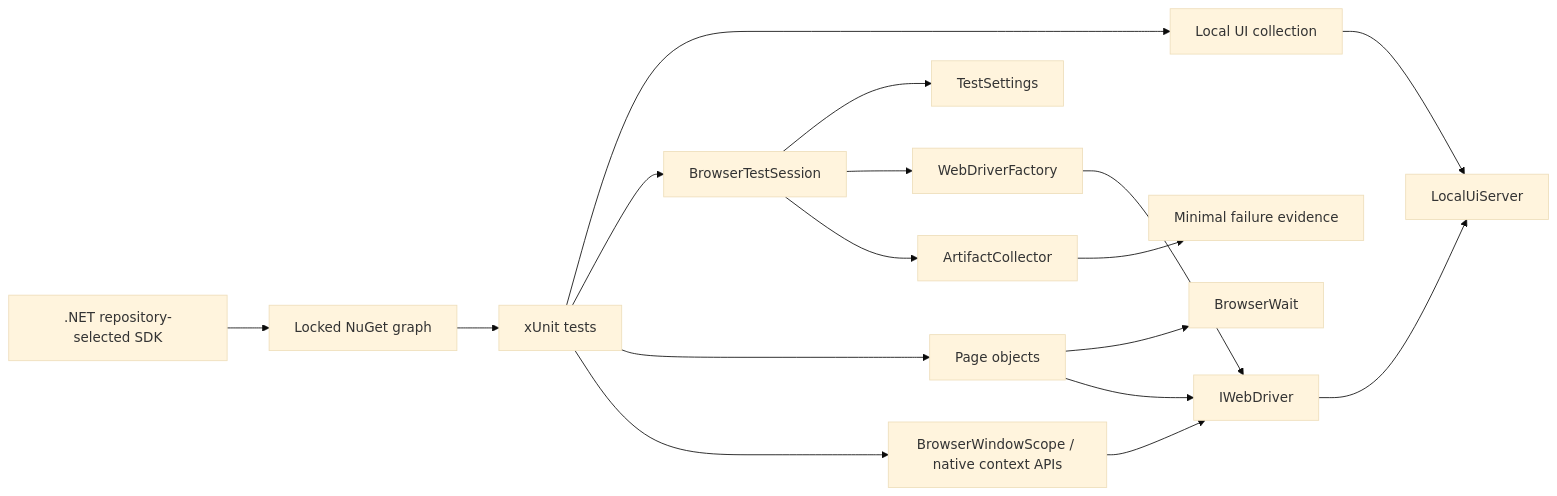
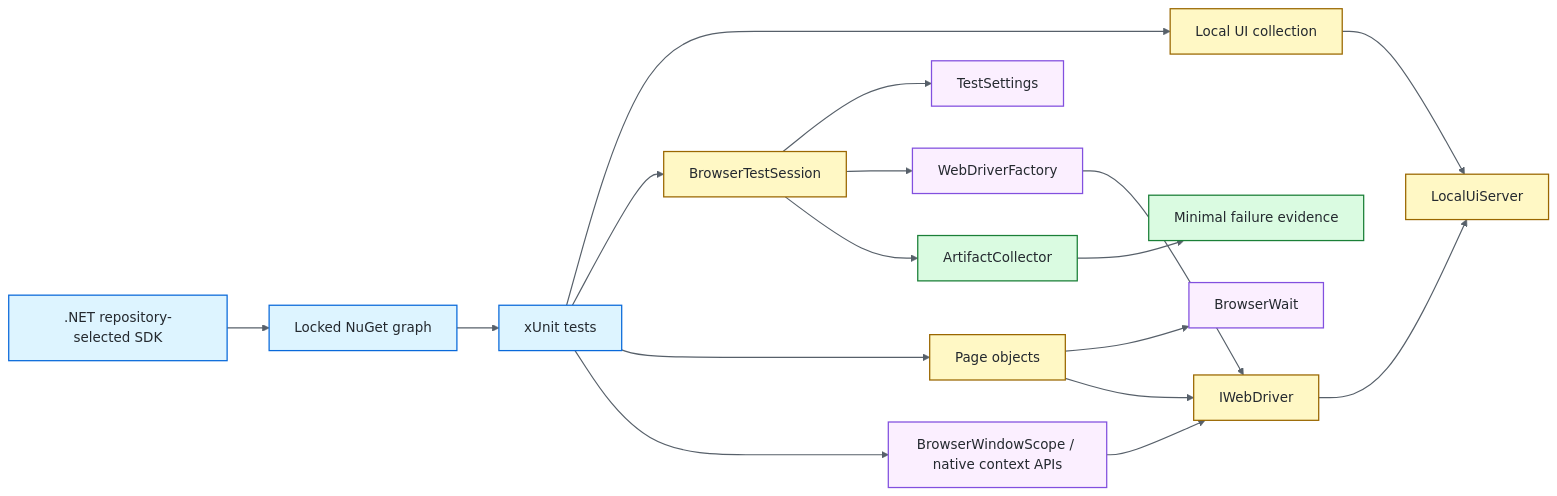
One commit to portyu9/qa-automation-dotnet-selenium changed the diagram in docs/ARCHITECTURE.md. Above: the diagram before and after it, drawn with Mermaid (base theme). The commit also changed other lines of this file, not shown here.

Commit message:
docs: color-code Selenium architecture diagram

````diff
--- a/docs/ARCHITECTURE.md
+++ b/docs/ARCHITECTURE.md
@@ -7,19 +7,29 @@
 ```mermaid
 flowchart LR
     SDK[.NET repository-selected SDK] --> LOCK[Locked NuGet graph]
     LOCK --> TEST[xUnit tests]
     TEST --> COLLECTION[Local UI collection]
     COLLECTION --> FIX[LocalUiServer]
     TEST --> SESSION[BrowserTestSession]
     SESSION --> CFG[TestSettings]
     SESSION --> FACTORY[WebDriverFactory]
     TEST --> PAGE[Page objects]
     TEST --> CONTEXT[BrowserWindowScope / native context APIs]
     PAGE --> WAIT[BrowserWait]
     PAGE --> DRIVER[IWebDriver]
     CONTEXT --> DRIVER
     FACTORY --> DRIVER
     DRIVER --> FIX
     SESSION --> ART[ArtifactCollector]
     ART --> EV[Minimal failure evidence]
+
+    classDef entry fill:#DDF4FF,stroke:#0969DA,color:#24292F,stroke-width:1.5px;
+    classDef policy fill:#FBEFFF,stroke:#8250DF,color:#24292F,stroke-width:1.5px;
+    classDef runtime fill:#FFF8C5,stroke:#9A6700,color:#24292F,stroke-width:1.5px;
+    classDef evidence fill:#DAFBE1,stroke:#1A7F37,color:#24292F,stroke-width:1.5px;
+    class SDK,LOCK,TEST entry;
+    class CFG,FACTORY,WAIT,CONTEXT policy;
+    class COLLECTION,FIX,SESSION,PAGE,DRIVER runtime;
+    class ART,EV evidence;
+    linkStyle default stroke:#57606A,stroke-width:1.4px;
 ```
````
